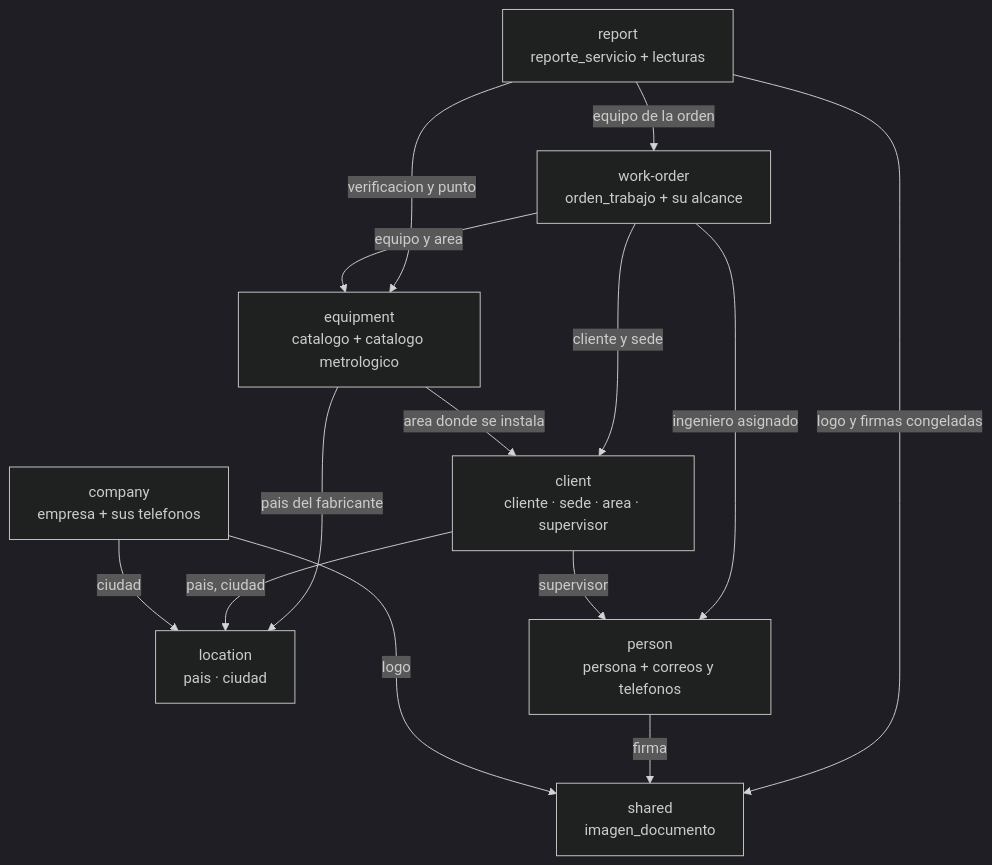
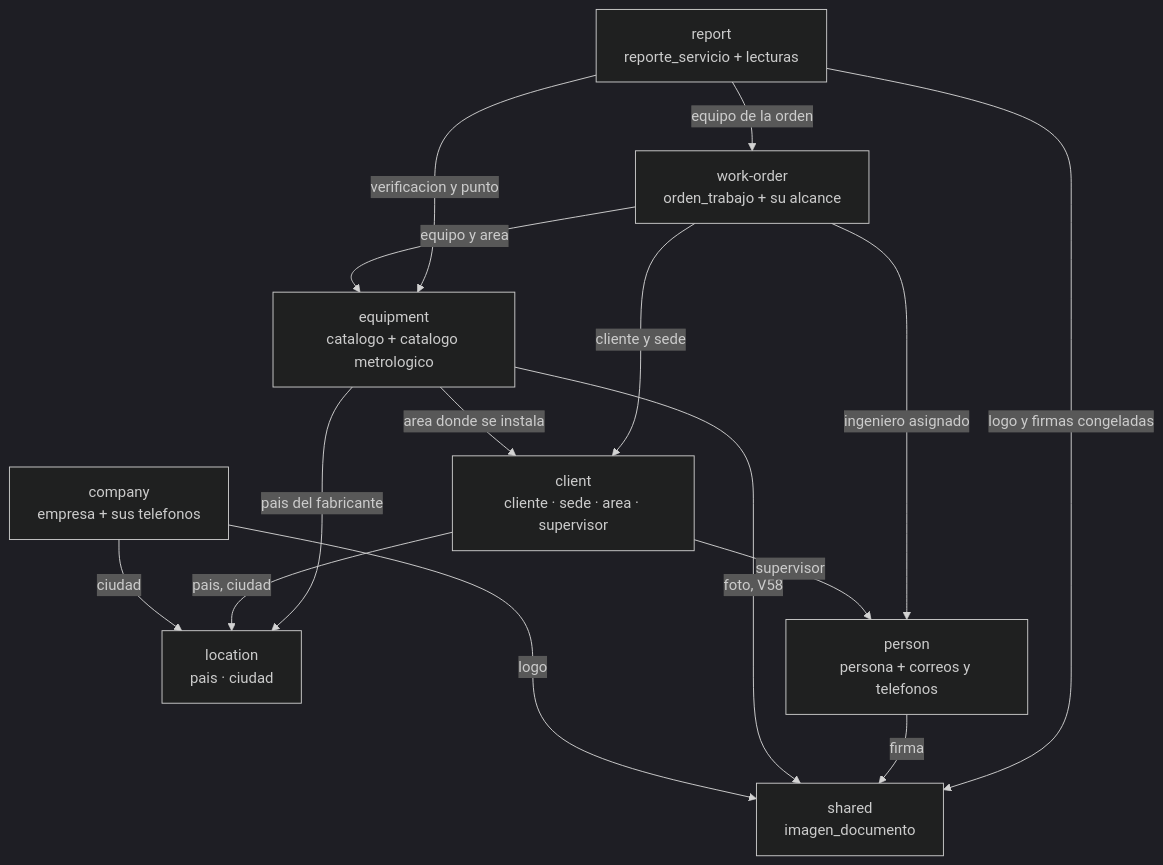
One commit to SeanBol222/MalphasOs changed the first of 12 diagrams in SecondBrain/wiki/base-de-datos/esquema-bd-malphasos.md. Above: the diagram before and after it, drawn with Mermaid (dark theme). The commit also changed other lines of this file and 7 other files, not shown here.

````diff
--- a/SecondBrain/wiki/base-de-datos/esquema-bd-malphasos.md
+++ b/SecondBrain/wiki/base-de-datos/esquema-bd-malphasos.md
@@ -288,26 +288,27 @@
 ```mermaid
 graph TD
     location["location<br/>pais · ciudad"]
     person["person<br/>persona + correos y telefonos"]
     client["client<br/>cliente · sede · area · supervisor"]
     equipment["equipment<br/>catalogo + catalogo metrologico"]
     workorder["work-order<br/>orden_trabajo + su alcance"]
     report["report<br/>reporte_servicio + lecturas"]
     company["company<br/>empresa + sus telefonos"]
     shared["shared<br/>imagen_documento"]
 
     company -->|ciudad| location
     company -->|logo| shared
+    equipment -->|foto, V58| shared
     person -->|firma| shared
     report -->|logo y firmas congeladas| shared
 
     client -->|pais, ciudad| location
     client -->|supervisor| person
     equipment -->|pais del fabricante| location
     equipment -->|area donde se instala| client
     workorder -->|cliente y sede| client
     workorder -->|ingeniero asignado| person
     workorder -->|equipo y area| equipment
     report -->|equipo de la orden| workorder
     report -->|verificacion y punto| equipment
 ```
````
